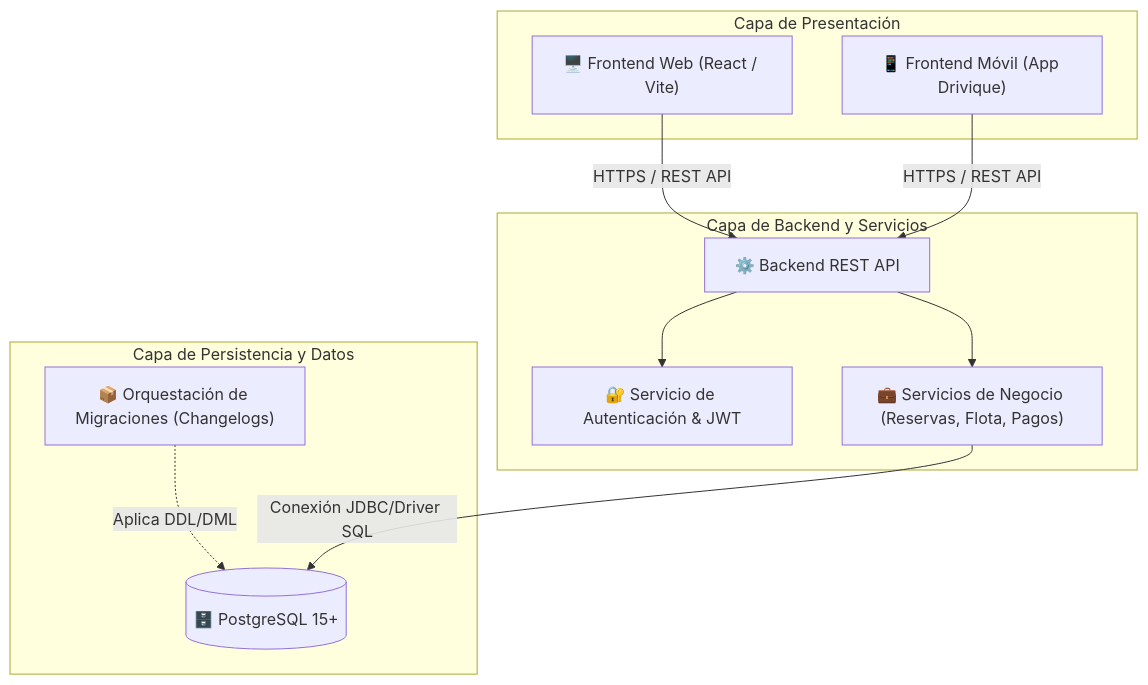
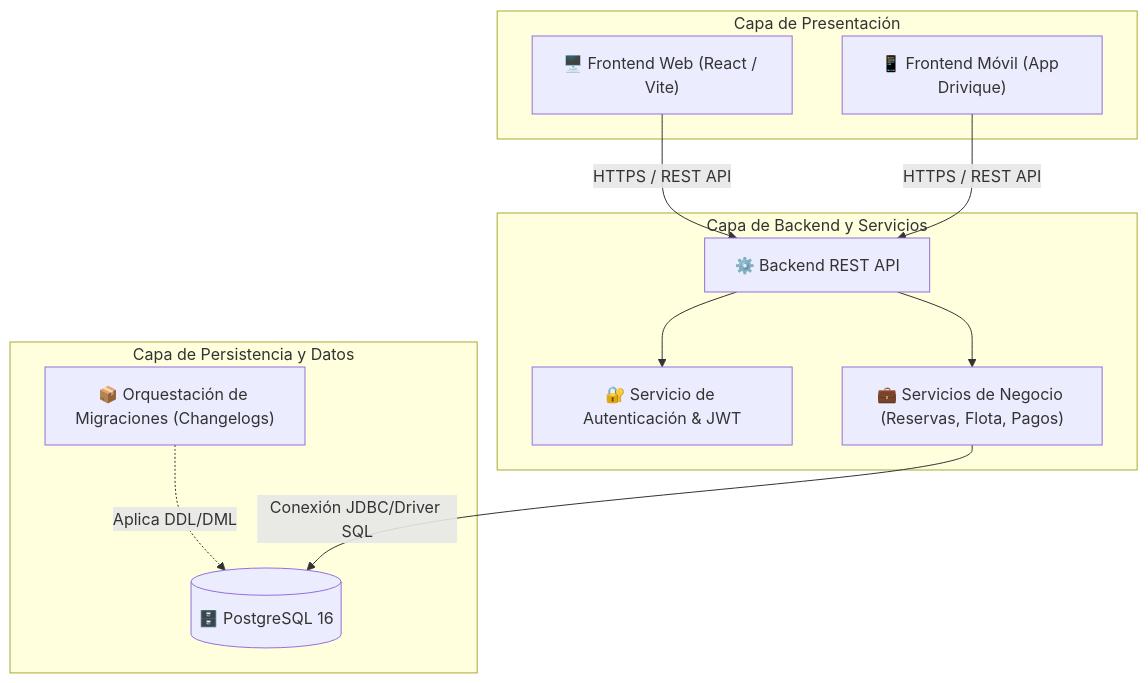
One commit to project-drivique/Documentation changed the diagram in docs/04-architecture/overview.md. Above: the diagram before and after it, drawn with Mermaid. The commit also changed other lines of this file and 2 other files, not shown here.

Commit message:
docs(database): update postgresql version to 16 LTS

````diff
--- a/docs/04-architecture/overview.md
+++ b/docs/04-architecture/overview.md
@@ -9,25 +9,25 @@
 ```mermaid
 graph TD
     subgraph Presentacion["Capa de Presentación"]
         WebClient["🖥️ Frontend Web (React / Vite)"]
         MobileClient["📱 Frontend Móvil (App Drivique)"]
     end
 
     subgraph Aplicacion["Capa de Backend y Servicios"]
         API["⚙️ Backend REST API"]
         AuthService["🔐 Servicio de Autenticación & JWT"]
         BusinessLogic["💼 Servicios de Negocio (Reservas, Flota, Pagos)"]
         API --> AuthService
         API --> BusinessLogic
     end
 
     subgraph Persistencia["Capa de Persistencia y Datos"]
-        DB[(🗄️ PostgreSQL 15+)]
+        DB[(🗄️ PostgreSQL 16)]
         Liquibase["📦 Orquestación de Migraciones (Changelogs)"]
         Liquibase -.->|Aplica DDL/DML| DB
     end
 
     WebClient -->|HTTPS / REST API| API
     MobileClient -->|HTTPS / REST API| API
     BusinessLogic -->|Conexión JDBC/Driver SQL| DB
 ```
````
